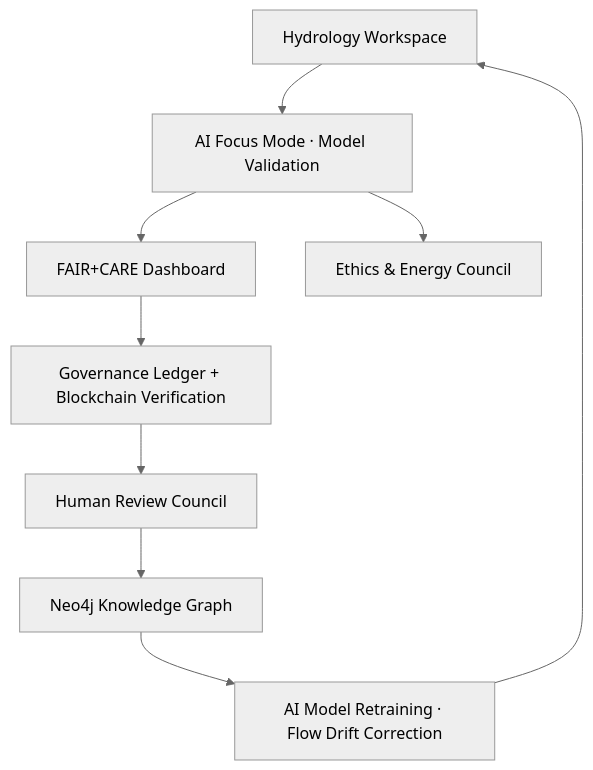
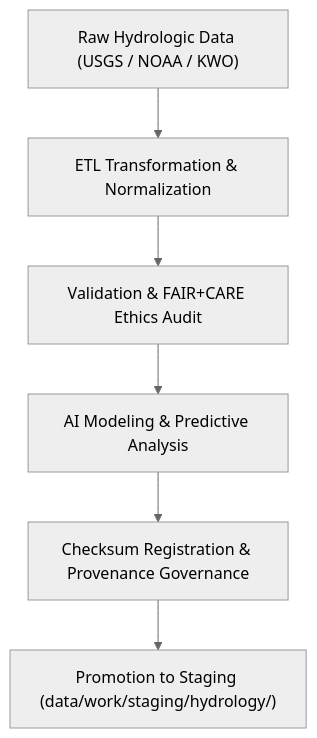
One commit to bartytime4life/Kansas-Frontier-Matrix changed the diagram in data/work/tmp/hydrology/README.md. Above: the diagram before and after it, drawn with Mermaid (neutral theme). The commit also changed other lines of this file, not shown here.

````diff
--- a/data/work/tmp/hydrology/README.md
+++ b/data/work/tmp/hydrology/README.md
@@ -68,11 +94,8 @@
 ```mermaid
-graph TD
-A[Hydrology Workspace] --> B[AI Focus Mode · Model Validation]
-B --> C[FAIR+CARE Dashboard]
-B --> D[Ethics & Energy Council]
-C --> E[Governance Ledger + Blockchain Verification]
-E --> F[Human Review Council]
-F --> G[Neo4j Knowledge Graph]
-G --> H[AI Model Retraining · Flow Drift Correction]
-H --> A
+flowchart TD
+    A["Raw Hydrologic Data (USGS / NOAA / KWO)"] --> B["ETL Transformation & Normalization"]
+    B --> C["Validation & FAIR+CARE Ethics Audit"]
+    C --> D["AI Modeling & Predictive Analysis"]
+    D --> E["Checksum Registration & Provenance Governance"]
+    E --> F["Promotion to Staging (data/work/staging/hydrology/)"]
 ```
````
